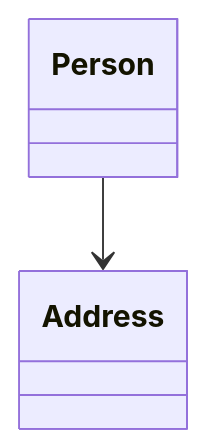
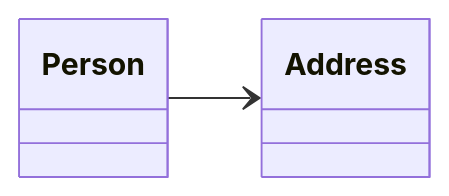
One commit to TroelsMortensen/Codelabs2 changed the diagram in Articles/Session 11 - Relationships intro/004 Association UML.md. Above: the diagram before and after it, drawn with Mermaid. The commit also changed 3 other files, not shown here.

````diff
--- a/Articles/Session 11 - Relationships intro/004 Association UML.md
+++ b/Articles/Session 11 - Relationships intro/004 Association UML.md
@@ -11,4 +11,5 @@
 ```mermaid
 classDiagram
+    direction LR
     Person --> Address
 ```
````
